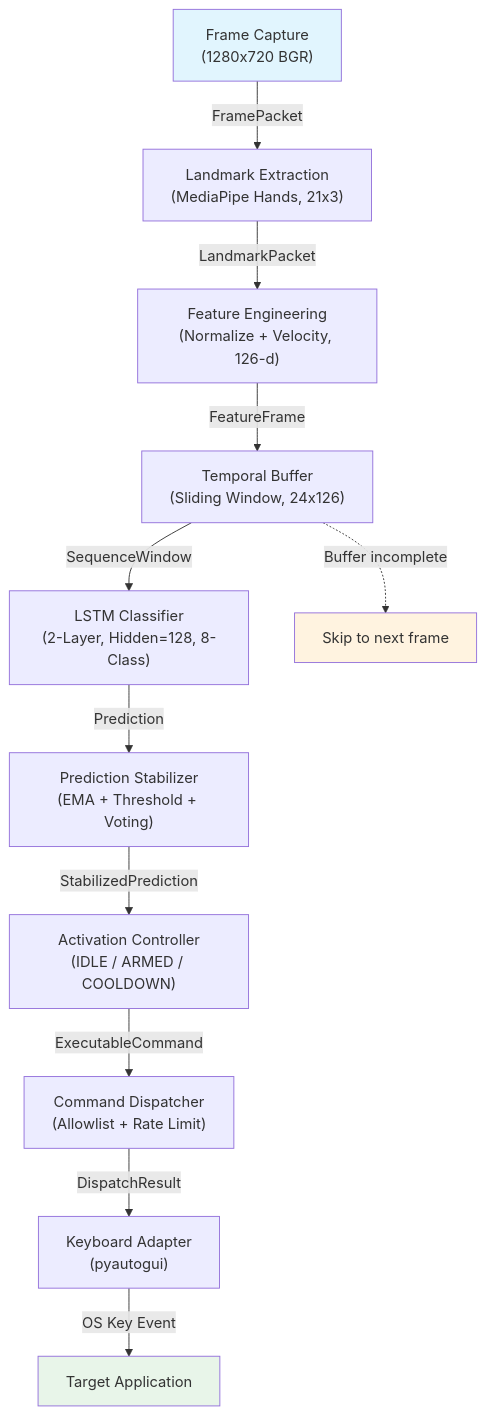
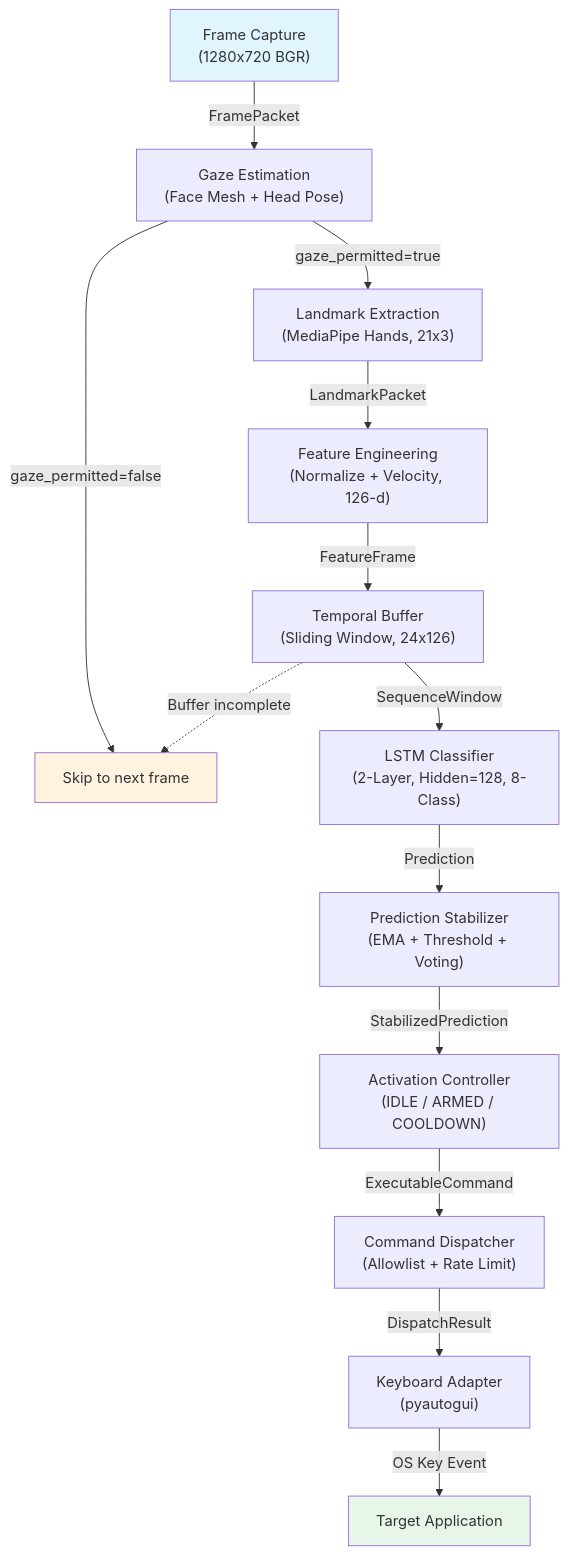
Before and after one commit to ntsrigaud/Maestro: the first of 2 diagrams in docs/architecture/data-flow.md, drawn with Mermaid.

Commit message:
docs(architecture): integrate gaze estimation into data flow diagram
Update the real-time inference pipeline Mermaid diagram in the data flow
architecture documentation to reflect the newly designed gaze-aware
activation gate.

The gaze estimation stage, powered by MediaPipe Face Mesh and head pose
evaluation, is explicitly modeled immediately after frame capture. It
acts as an early-exit branch (`gaze_permitted=false`), bypassing
downstream landmark extraction, temporal buffering, and LSTM inference
when the user's attention is diverted from the camera. This accurately
documents the intended pipeline topology and its runtime
short-circuiting behavior.

````diff
--- a/docs/architecture/data-flow.md
+++ b/docs/architecture/data-flow.md
@@ -9,18 +9,20 @@
 ```mermaid
 graph TD
-    A["Frame Capture<br/>(1280x720 BGR)"] -->|FramePacket| B["Landmark Extraction<br/>(MediaPipe Hands, 21x3)"]
-    B -->|LandmarkPacket| C["Feature Engineering<br/>(Normalize + Velocity, 126-d)"]
-    C -->|FeatureFrame| D["Temporal Buffer<br/>(Sliding Window, 24x126)"]
-    D -->|SequenceWindow| E["LSTM Classifier<br/>(2-Layer, Hidden=128, 8-Class)"]
-    E -->|Prediction| F["Prediction Stabilizer<br/>(EMA + Threshold + Voting)"]
-    F -->|StabilizedPrediction| G["Activation Controller<br/>(IDLE / ARMED / COOLDOWN)"]
-    G -->|ExecutableCommand| H["Command Dispatcher<br/>(Allowlist + Rate Limit)"]
-    H -->|DispatchResult| I["Keyboard Adapter<br/>(pyautogui)"]
-    I -->|OS Key Event| J["Target Application"]
+    A["Frame Capture<br/>(1280x720 BGR)"] -->|FramePacket| B["Gaze Estimation<br/>(Face Mesh + Head Pose)"]
+    B -->|gaze_permitted=false| Z["Skip to next frame"]
+    B -->|gaze_permitted=true| C["Landmark Extraction<br/>(MediaPipe Hands, 21x3)"]
+    C -->|LandmarkPacket| D["Feature Engineering<br/>(Normalize + Velocity, 126-d)"]
+    D -->|FeatureFrame| E["Temporal Buffer<br/>(Sliding Window, 24x126)"]
+    E -->|SequenceWindow| F["LSTM Classifier<br/>(2-Layer, Hidden=128, 8-Class)"]
+    F -->|Prediction| G["Prediction Stabilizer<br/>(EMA + Threshold + Voting)"]
+    G -->|StabilizedPrediction| H["Activation Controller<br/>(IDLE / ARMED / COOLDOWN)"]
+    H -->|ExecutableCommand| I["Command Dispatcher<br/>(Allowlist + Rate Limit)"]
+    I -->|DispatchResult| J["Keyboard Adapter<br/>(pyautogui)"]
+    J -->|OS Key Event| K["Target Application"]
 
-    D -.->|Buffer incomplete| K["Skip to next frame"]
+    E -.->|Buffer incomplete| Z
 
     style A fill:#e1f5fe
-    style J fill:#e8f5e9
-    style K fill:#fff3e0
+    style K fill:#e8f5e9
+    style Z fill:#fff3e0
 ```
````
